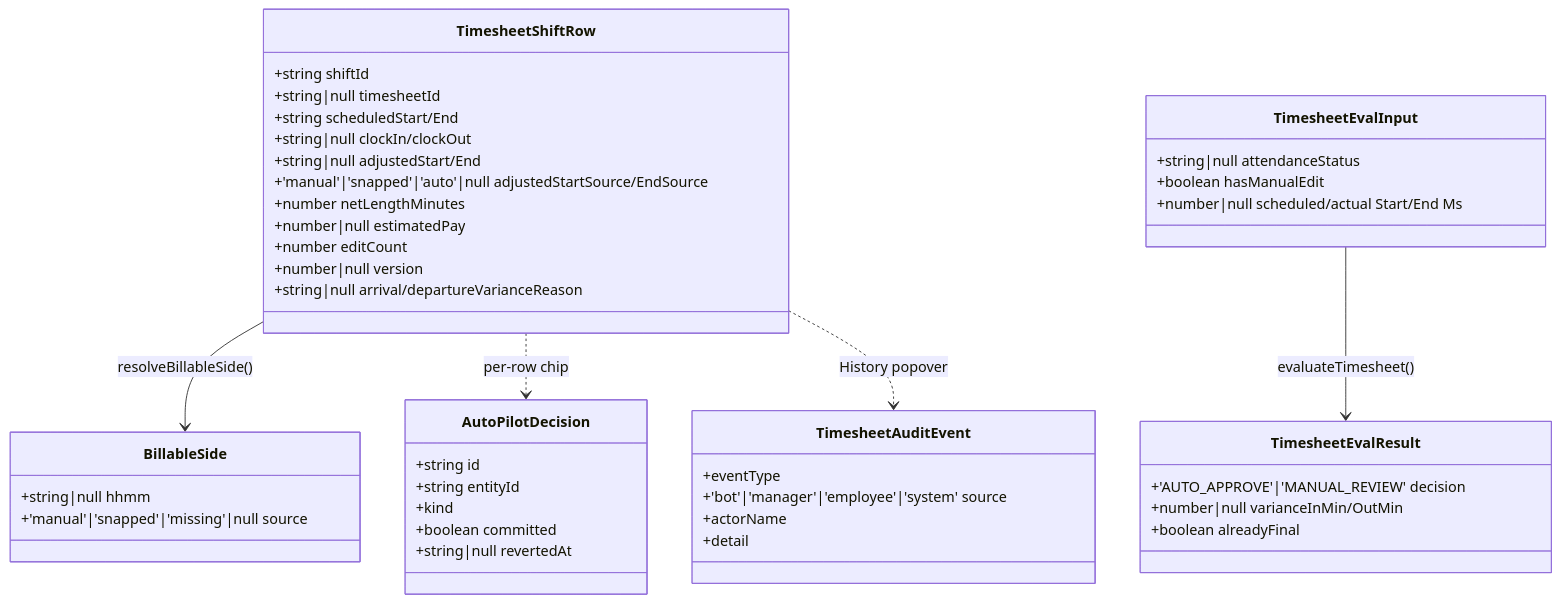
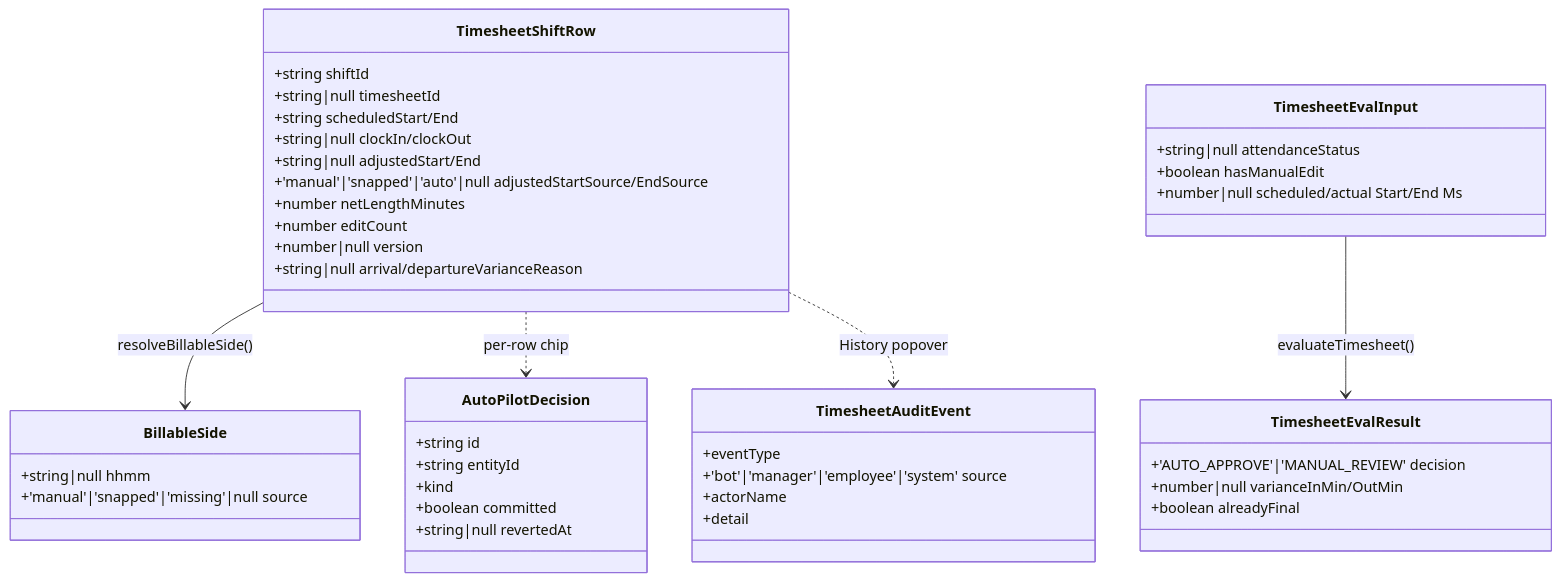
The second of 2 diagrams in docs/modules/timesheets/01-architecture.md (VinayakKuanr-UNSW/Shiftopia), drawn with Mermaid before and after one commit. The commit also changed other lines of this file and 4 other files, not shown here.

````diff
--- a/docs/modules/timesheets/01-architecture.md
+++ b/docs/modules/timesheets/01-architecture.md
@@ -145,47 +144,46 @@
 ```mermaid
 classDiagram
     class TimesheetShiftRow {
       +string shiftId
       +string|null timesheetId
       +string scheduledStart/End
       +string|null clockIn/clockOut
       +string|null adjustedStart/End
       +'manual'|'snapped'|'auto'|null adjustedStartSource/EndSource
       +number netLengthMinutes
-      +number|null estimatedPay
       +number editCount
       +number|null version
       +string|null arrival/departureVarianceReason
     }
     class BillableSide {
       +string|null hhmm
       +'manual'|'snapped'|'missing'|null source
     }
     class TimesheetEvalInput {
       +string|null attendanceStatus
       +boolean hasManualEdit
       +number|null scheduled/actual Start/End Ms
     }
     class TimesheetEvalResult {
       +'AUTO_APPROVE'|'MANUAL_REVIEW' decision
       +number|null varianceInMin/OutMin
       +boolean alreadyFinal
     }
     class AutoPilotDecision {
       +string id
       +string entityId
       +kind
       +boolean committed
       +string|null revertedAt
     }
     class TimesheetAuditEvent {
       +eventType
       +'bot'|'manager'|'employee'|'system' source
       +actorName
       +detail
     }
     TimesheetShiftRow --> BillableSide : resolveBillableSide()
     TimesheetEvalInput --> TimesheetEvalResult : evaluateTimesheet()
     TimesheetShiftRow ..> AutoPilotDecision : per-row chip
     TimesheetShiftRow ..> TimesheetAuditEvent : History popover
 ```
````
